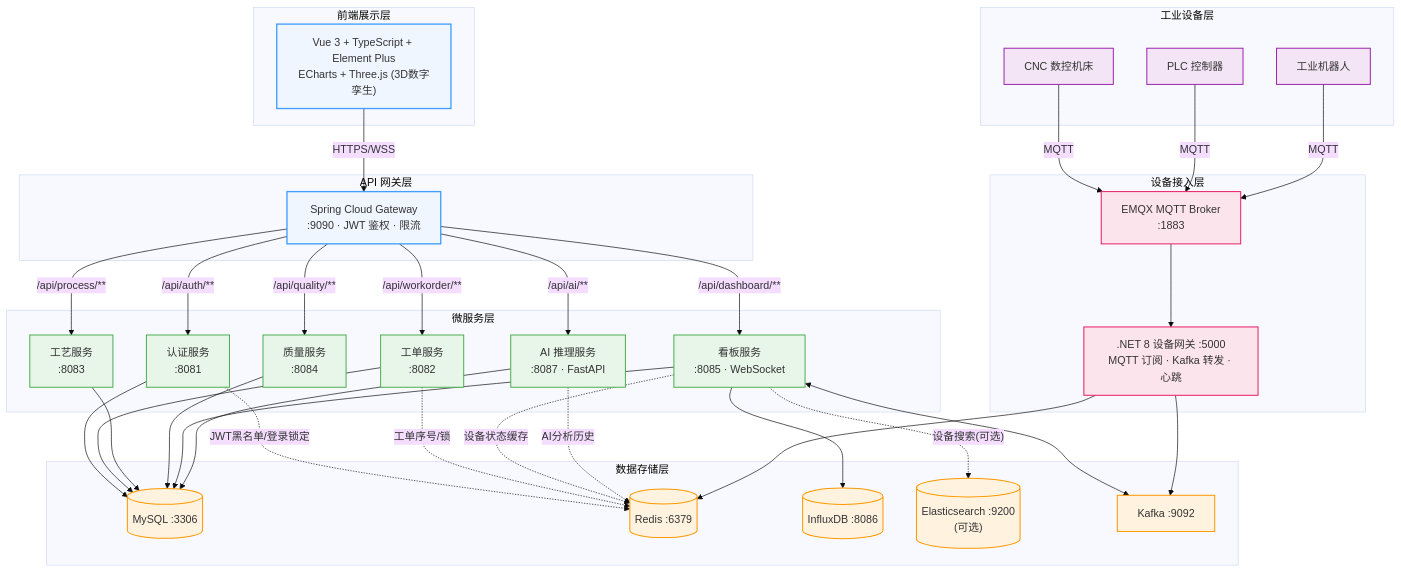
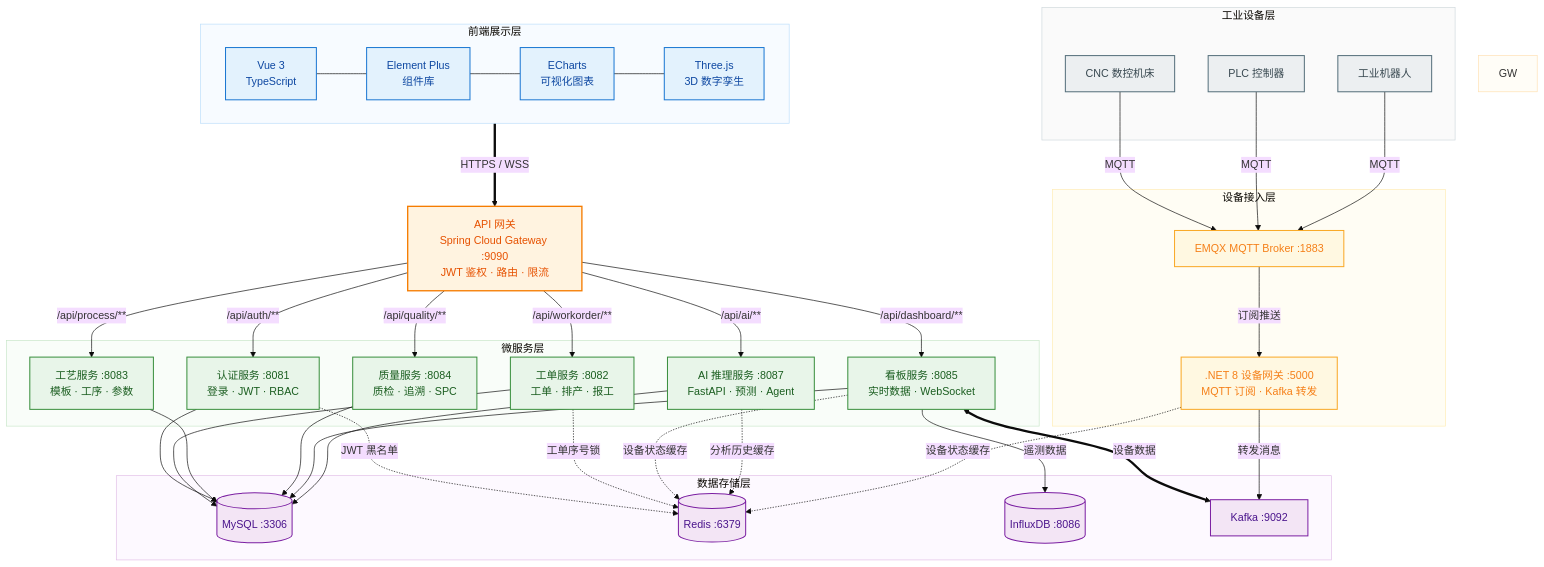
One commit to xianshi3/Smart-Factory-MES-System changed the diagram in README.md. Above: the diagram before and after it, drawn with Mermaid (base theme). The commit also changed other lines of this file, not shown here.

Commit message:
docs(readme): 技术架构图重绘 (#54)
- 前端层拆为 4 个技术盒子横排展示
- 微服务节点补业务说明, 网关/数据层分色区分
- 边标签加引号规范, 主链路/缓存链路用实线与虚线区分
- 移除 Elasticsearch 节点(死依赖已删), 补回 .NET 网关 Redis 边
- 各层 subgraph 加浅色背景, 视觉层次更清晰
- 技术栈表同步移除 Elasticsearch

````diff
--- a/README.md
+++ b/README.md
@@ -95,33 +95,34 @@
 ```mermaid
 flowchart TB
     subgraph UI["前端展示层"]
-        FE["Vue 3 + TypeScript + Element Plus<br/>ECharts + Three.js (3D数字孪生)"]
+        direction LR
+        FE1["Vue 3<br/>TypeScript"]
+        FE2["Element Plus<br/>组件库"]
+        FE3["ECharts<br/>可视化图表"]
+        FE4["Three.js<br/>3D 数字孪生"]
     end
 
-    subgraph GW["API 网关层"]
-        G["Spring Cloud Gateway<br/>:9090 · JWT 鉴权 · 限流"]
-    end
+    G["API 网关<br/>Spring Cloud Gateway :9090<br/>JWT 鉴权 · 路由 · 限流"]
 
     subgraph MS["微服务层"]
-        A["认证服务<br/>:8081"]
-        W["工单服务<br/>:8082"]
-        P["工艺服务<br/>:8083"]
-        Q["质量服务<br/>:8084"]
-        D["看板服务<br/>:8085 · WebSocket"]
-        AI["AI 推理服务<br/>:8087 · FastAPI"]
+        A["认证服务 :8081<br/>登录 · JWT · RBAC"]
+        W["工单服务 :8082<br/>工单 · 排产 · 报工"]
+        P["工艺服务 :8083<br/>模板 · 工序 · 参数"]
+        Q["质量服务 :8084<br/>质检 · 追溯 · SPC"]
+        D["看板服务 :8085<br/>实时数据 · WebSocket"]
+        AI["AI 推理服务 :8087<br/>FastAPI · 预测 · Agent"]
     end
 
     subgraph DS["数据存储层"]
         DB[("MySQL :3306")]
         RD[("Redis :6379")]
         IDB[("InfluxDB :8086")]
-        ES[("Elasticsearch :9200<br/>(可选)")]
         KF["Kafka :9092"]
     end
 
     subgraph EDGE["设备接入层"]
-        NET[" .NET 8 设备网关 :5000<br/>MQTT 订阅 · Kafka 转发 · 心跳"]
-        MQTT["EMQX MQTT Broker<br/>:1883"]
+        NET[".NET 8 设备网关 :5000<br/>MQTT 订阅 · Kafka 转发"]
+        MQTT["EMQX MQTT Broker :1883"]
     end
 
     subgraph DEV["工业设备层"]
@@ -130,13 +131,15 @@
         DEV3["工业机器人"]
     end
 
-    FE -->|HTTPS/WSS| G
-    G -->|/api/auth/**| A
-    G -->|/api/workorder/**| W
-    G -->|/api/process/**| P
-    G -->|/api/quality/**| Q
-    G -->|/api/dashboard/**| D
-    G -->|/api/ai/**| AI
+    FE1 --- FE2 --- FE3 --- FE4
+    FE4 ==>|"HTTPS / WSS"| G
+
+    G -->|"/api/auth/**"| A
+    G -->|"/api/workorder/**"| W
+    G -->|"/api/process/**"| P
+    G -->|"/api/quality/**"| Q
+    G -->|"/api/dashboard/**"| D
+    G -->|"/api/ai/**"| AI
 
     A --> DB
     W --> DB
@@ -145,30 +148,37 @@
     D --> DB
     AI --> DB
 
-    A -.JWT黑名单/登录锁定.-> RD
-    W -.工单序号/锁.-> RD
-    D -.设备状态缓存.-> RD
-    D --> IDB
-    D -.设备搜索(可选).-> ES
-    D <--> KF
+    A -.->|"JWT 黑名单"| RD
+    W -.->|"工单序号锁"| RD
+    D -.->|"设备状态缓存"| RD
+    AI -.->|"分析历史缓存"| RD
+    D -->|"遥测数据"| IDB
+    D <==>|"设备数据"| KF
 
-    AI -.AI分析历史.-> RD
+    NET -->|"转发消息"| KF
+    NET -.->|"设备状态缓存"| RD
+    MQTT -->|"订阅推送"| NET
+    DEV1 -->|"MQTT"| MQTT
+    DEV2 -->|"MQTT"| MQTT
+    DEV3 -->|"MQTT"| MQTT
 
-    NET --> KF
-    NET --> RD
-    MQTT --> NET
-    DEV1 -->|MQTT| MQTT
-    DEV2 -->|MQTT| MQTT
-    DEV3 -->|MQTT| MQTT
-
-    classDef layer fill:#f0f6ff,stroke:#409eff,stroke-width:2px,color:#333;
-    classDef svc fill:#e8f5e9,stroke:#4caf50,stroke-width:1.5px,color:#333;
-    classDef data fill:#fff3e0,stroke:#ff9800,stroke-width:1.5px,color:#333;
-    classDef edge fill:#fce4ec,stroke:#e91e63,stroke-width:1.5px,color:#333;
-    classDef dev fill:#f3e5f5,stroke:#9c27b0,stroke-width:1.5px,color:#333;
-    class FE,G layer;
+    classDef ui fill:#e3f2fd,stroke:#1976d2,stroke-width:1.5px,color:#0d47a1;
+    classDef gw fill:#fff3e0,stroke:#f57c00,stroke-width:2px,color:#e65100;
+    classDef svc fill:#e8f5e9,stroke:#388e3c,stroke-width:1.5px,color:#1b5e20;
+    classDef data fill:#f3e5f5,stroke:#7b1fa2,stroke-width:1.5px,color:#4a148c;
+    classDef edge fill:#fff8e1,stroke:#f9a825,stroke-width:1.5px,color:#f57f17;
+    classDef dev fill:#eceff1,stroke:#546e7a,stroke-width:1.5px,color:#37474f;
+    class FE1,FE2,FE3,FE4 ui;
+    class G gw;
     class A,W,P,Q,D,AI svc;
-    class DB,RD,IDB,ES,KF data;
+    class DB,RD,IDB,KF data;
     class NET,MQTT edge;
     class DEV1,DEV2,DEV3 dev;
+
+    style UI fill:#f7fbff,stroke:#bbdefb,stroke-width:1px
+    style GW fill:#fffdf7,stroke:#ffe0b2,stroke-width:1px
+    style MS fill:#f9fdf9,stroke:#c8e6c9,stroke-width:1px
+    style DS fill:#fdf9ff,stroke:#e1bee7,stroke-width:1px
+    style EDGE fill:#fffdf4,stroke:#ffecb3,stroke-width:1px
+    style DEV fill:#fafafa,stroke:#cfd8dc,stroke-width:1px
 ```
````
